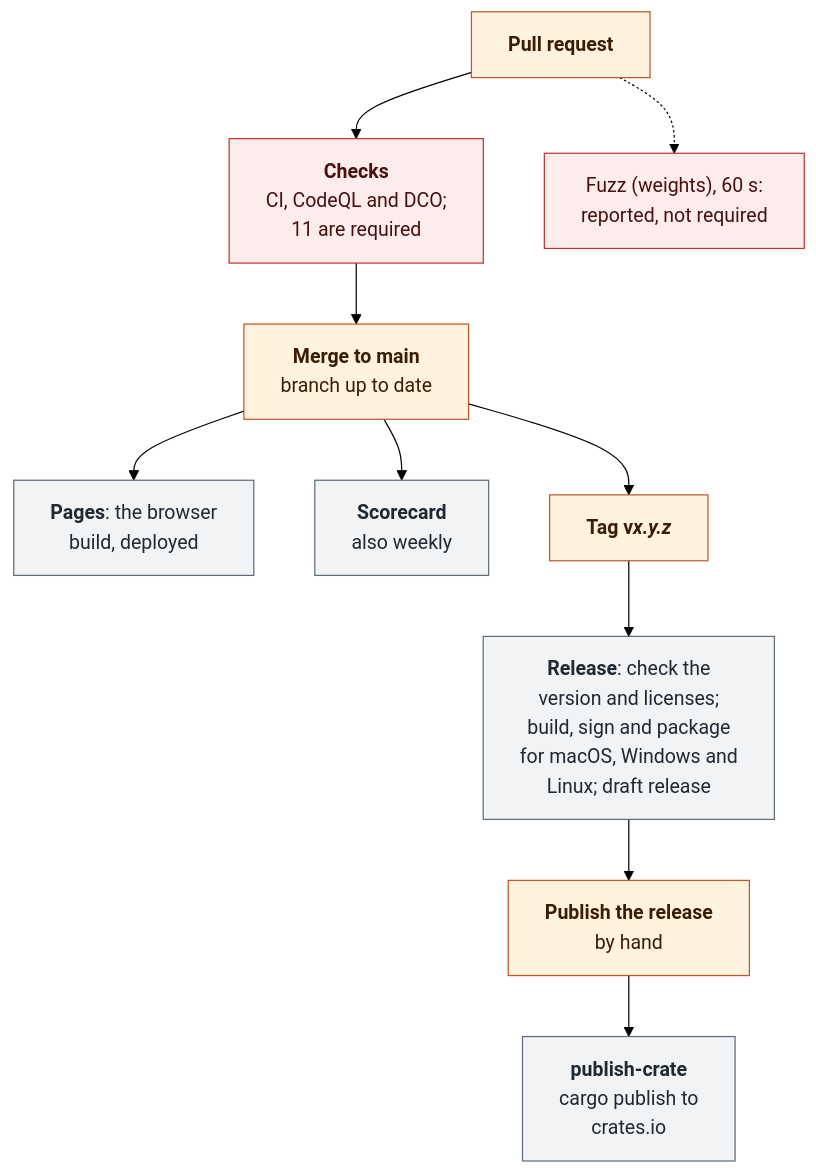
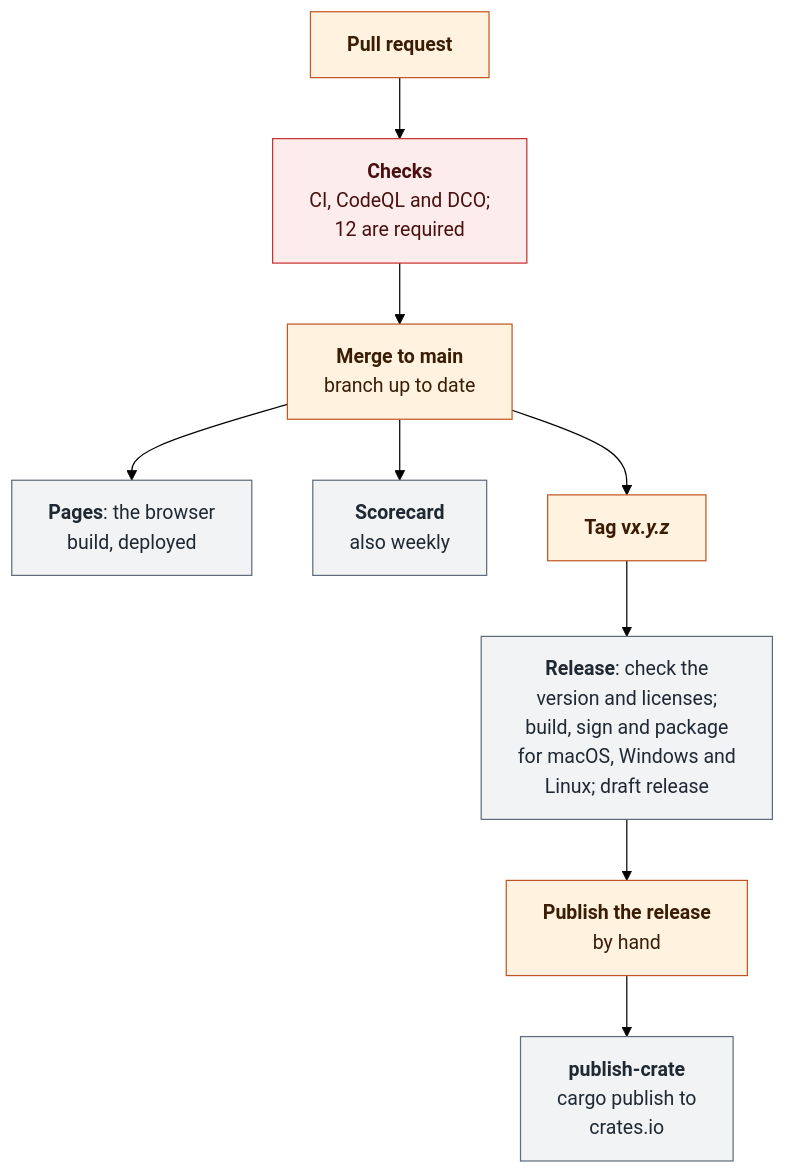
Before and after one commit to schreck61/intersection-lab: diagram 22 of 22 in docs/architecture.md, drawn with Mermaid (forest theme). The commit also changed other lines of this file and 10 other files, not shown here.

````diff
--- a/docs/architecture.md
+++ b/docs/architecture.md
@@ -3518,23 +3568,21 @@
 ```mermaid
 flowchart TB
     PR["<b>Pull request</b>"]
-    CI["<b>Checks</b><br/>CI, CodeQL and DCO;<br/>11 are required"]
-    FZ["Fuzz (weights), 60 s:<br/>reported, not required"]
+    CI["<b>Checks</b><br/>CI, CodeQL and DCO;<br/>12 are required"]
     M["<b>Merge to main</b><br/>branch up to date"]
     PG["<b>Pages</b>: the browser<br/>build, deployed"]
     SC["<b>Scorecard</b><br/>also weekly"]
     T["<b>Tag v<i>x.y.z</i></b>"]
     R["<b>Release</b>: check the<br/>version and licenses;<br/>build, sign and package<br/>for macOS, Windows and<br/>Linux; draft release"]
     P["<b>Publish the release</b><br/>by hand"]
     C["<b>publish-crate</b><br/>cargo publish to<br/>crates.io"]
     PR --> CI --> M --> T --> R --> P --> C
-    PR -.-> FZ
     M --> PG
     M --> SC
     classDef ui fill:#fff3e0,stroke:#c05621,color:#3b1d06
     classDef data fill:#f1f3f5,stroke:#5f6b7a,color:#1f2933
     classDef safe fill:#fdecec,stroke:#c53030,color:#4a0f0f
     class PR,M,T,P ui
-    class CI,FZ safe
+    class CI safe
     class PG,SC,R,C data
 ```
````
